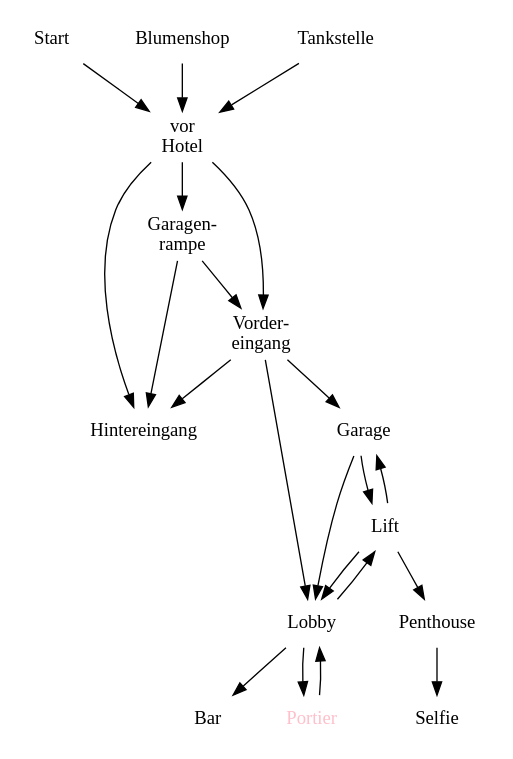
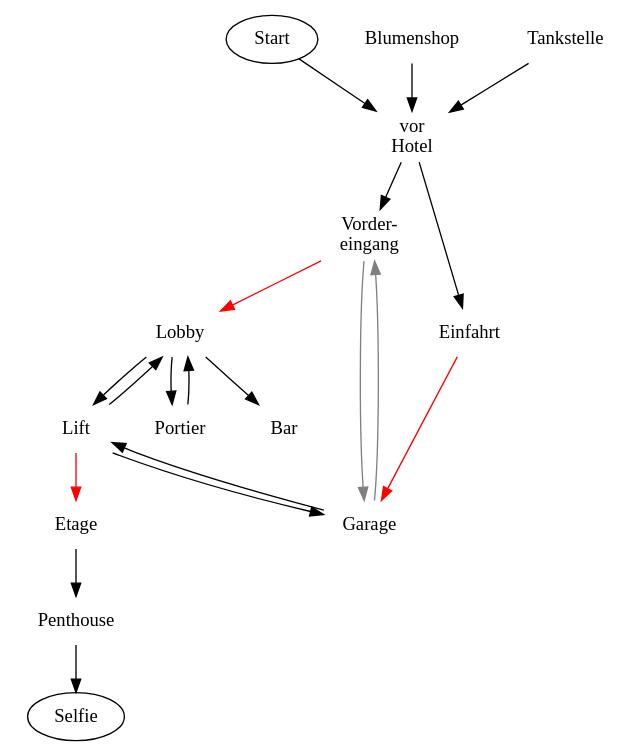
One commit to ludus-leonis/nipajin changed the diagram in solo/selfie-quest/plot.gv. Above: the diagram before and after it, drawn with Graphviz.

Commit message:
shots-de: selfie plot update

```diff
--- a/solo/selfie-quest/plot.gv
+++ b/solo/selfie-quest/plot.gv
@@ -1,48 +1,52 @@
 digraph plot {
 	// &#9829; &#9830; &#9824; &#9827;
 
 	rankdir=TD;
 	node [shape=none]
 
+	Start [shape=oval]
 	Start -> Hotel
+
+	Blumenshop
+	Blumenshop -> Hotel
+
+	Tankstelle
+	Tankstelle -> Hotel
 
 	Hotel [ label="vor\nHotel", color=blue ]
 	Hotel -> Vordereingang
-	Hotel -> Hintereingang
-	Hotel -> Garagenrampe
+	Hotel -> Einfahrt
 
-	Garagenrampe [label="Garagen-\nrampe"]
-	Garagenrampe -> Vordereingang
-	Garagenrampe -> Hintereingang
+	Vordereingang [ label="Vorder-\neingang" ]
+	Vordereingang -> Lobby  [color=red]
+	Vordereingang -> Garage [color=gray]
+
+	Einfahrt
+	Einfahrt -> Garage [color=red]
 
 	Garage -> Lift
-	Garage -> Lobby
+	Garage -> Vordereingang [color=gray]
 
-	Vordereingang [ label="Vorder-\neingang" ]
-	Vordereingang -> Lobby
-	Vordereingang -> Hintereingang
-	Vordereingang -> Garage
-
-	Lobby [ color=blue ]
+	Lobby
 	Lobby -> Portier
 	Lobby -> Lift
 	Lobby -> Bar
 
-	Portier [ fontcolor=pink ]
+	Portier
 	Portier -> Lobby
 
 	Lift [ color=blue ]
 	Lift -> Lobby
 	Lift -> Garage
-	Lift -> Penthouse
+	Lift -> Etage [color=red]
+
+	Etage -> Penthouse
 
 	Penthouse -> Selfie
 
-	Blumenshop -> Hotel
-
-	Tankstelle -> Hotel
+	Selfie [shape=oval]
 
 }
 
 // Restaurant: 30 Euro für Kaffee+Kuchen, Infos vom Kellner
 // Bar: Der Typ aus der Band. Verrät gegen einen Drink, dass STAR Blumen mag.
```
